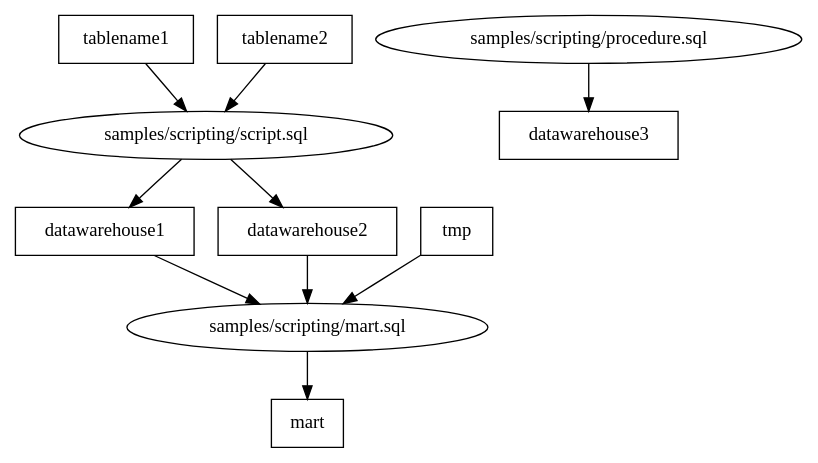
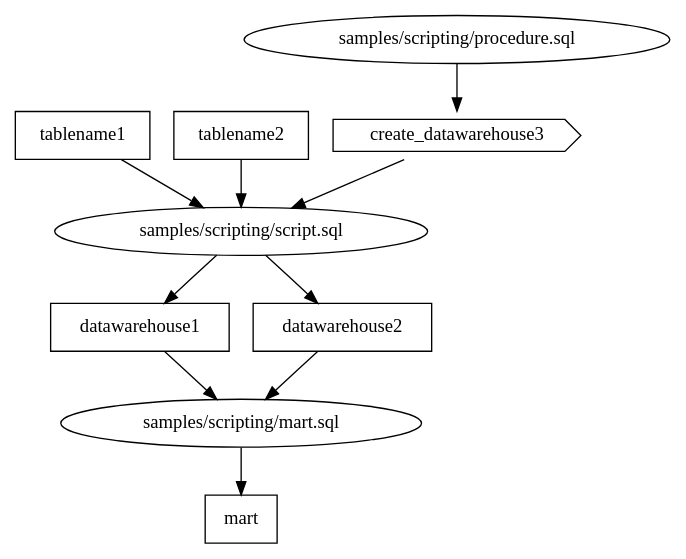
The diagram in samples/scripting/with_all/dag.dot (Matts966/alphasql), drawn with Graphviz before and after one commit. The commit also changed 24 other files, not shown here.

```diff
--- a/samples/scripting/with_all/dag.dot
+++ b/samples/scripting/with_all/dag.dot
@@ -1,21 +1,20 @@
 digraph G {
 0 [label="samples/scripting/mart.sql", shape="", type=query];
 1 [label="samples/scripting/procedure.sql", shape="", type=query];
 2 [label="samples/scripting/script.sql", shape="", type=query];
 3 [label=datawarehouse1, shape=box, type=table];
 4 [label=datawarehouse2, shape=box, type=table];
-5 [label=datawarehouse3, shape=box, type=table];
-6 [label=mart, shape=box, type=table];
-7 [label=tablename1, shape=box, type=table];
-8 [label=tablename2, shape=box, type=table];
-9 [label=tmp, shape=box, type=table];
-0->6 ;
-1->5 ;
+5 [label=mart, shape=box, type=table];
+6 [label=tablename1, shape=box, type=table];
+7 [label=tablename2, shape=box, type=table];
+8 [label=create_datawarehouse3, shape=cds, type=function];
+0->5 ;
+1->8 ;
 2->3 ;
 2->4 ;
 3->0 ;
 4->0 ;
+6->2 ;
 7->2 ;
 8->2 ;
-9->0 ;
 }
```
